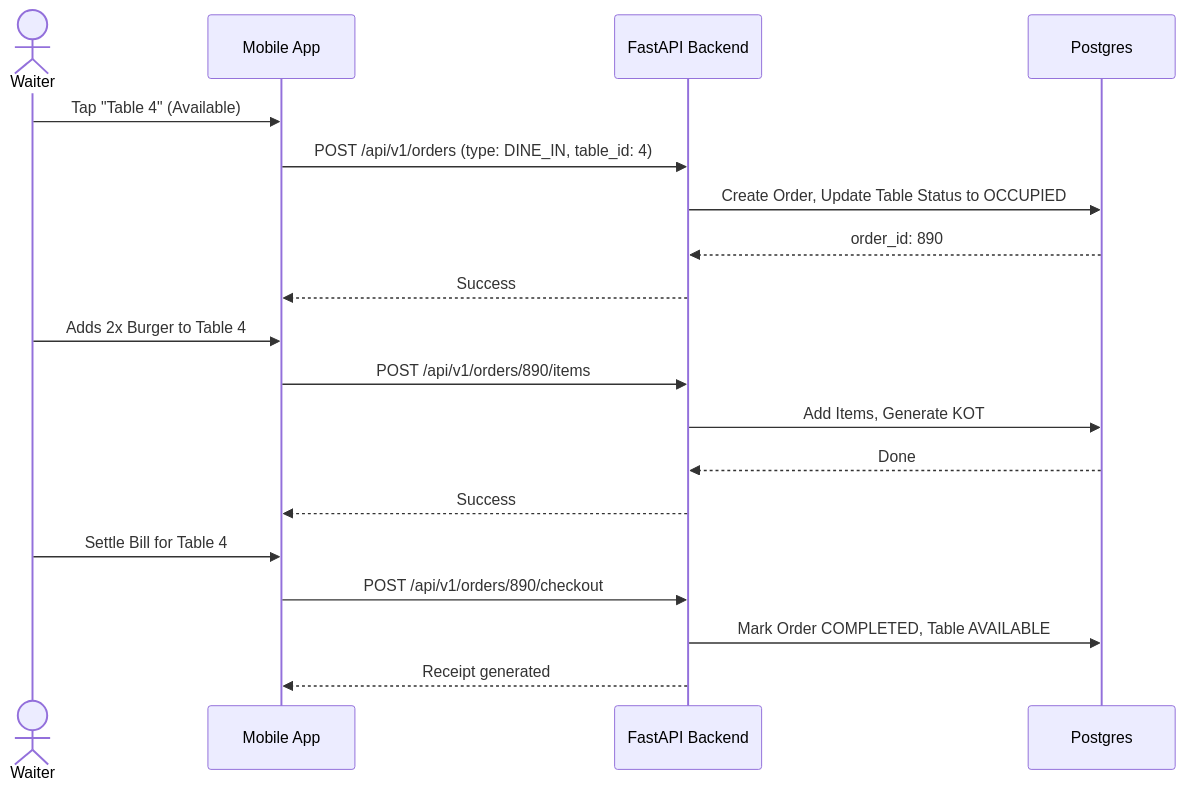
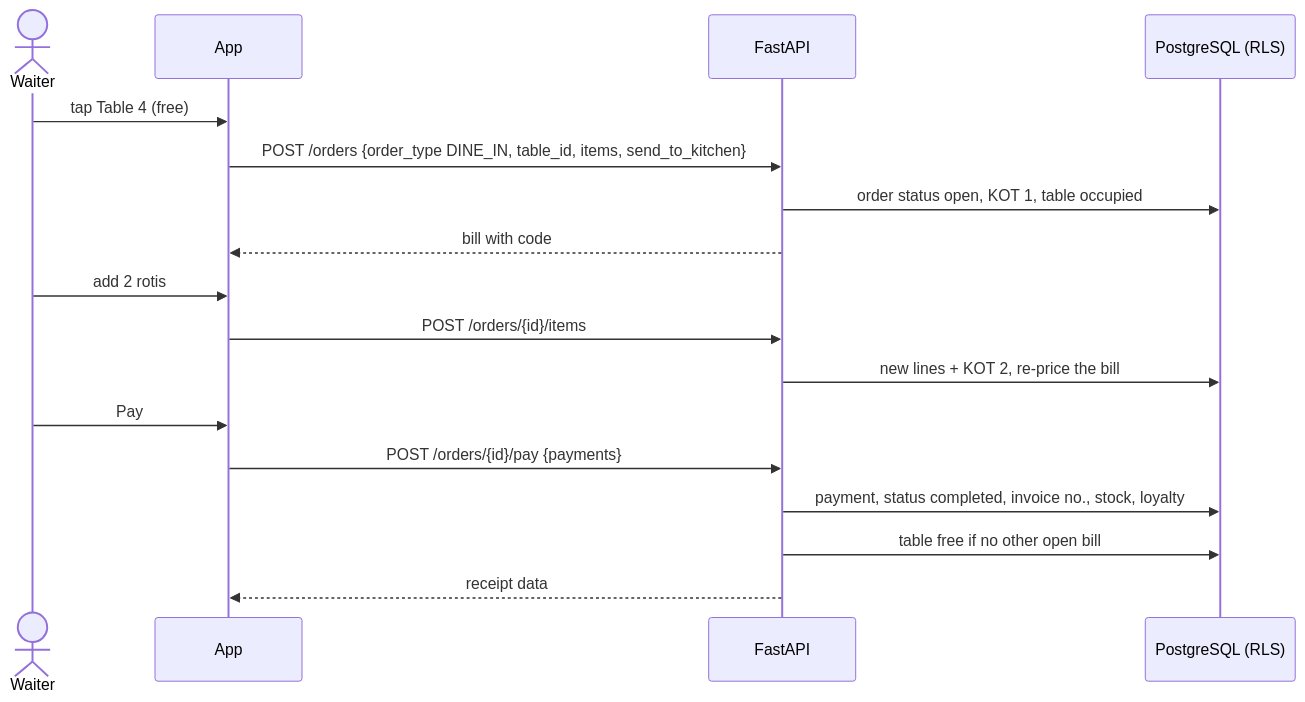
One commit to vishwajitvm/Tallyko changed the diagram in docs/features/004_Table_Management.md. Above: the diagram before and after it, drawn with Mermaid. The commit also changed other lines of this file and 773 other files, not shown here.

````diff
--- a/docs/features/004_Table_Management.md
+++ b/docs/features/004_Table_Management.md
@@ -35,24 +33,20 @@
 ```mermaid
 sequenceDiagram
     actor Waiter
-    participant POS as Mobile App
-    participant API as FastAPI Backend
-    participant DB as Postgres
+    participant App
+    participant API as FastAPI
+    participant DB as PostgreSQL (RLS)
 
-    Waiter->>POS: Tap "Table 4" (Available)
-    POS->>API: POST /api/v1/orders (type: DINE_IN, table_id: 4)
-    API->>DB: Create Order, Update Table Status to OCCUPIED
-    DB-->>API: order_id: 890
-    API-->>POS: Success
-
-    Waiter->>POS: Adds 2x Burger to Table 4
-    POS->>API: POST /api/v1/orders/890/items
-    API->>DB: Add Items, Generate KOT
-    DB-->>API: Done
-    API-->>POS: Success
-    
-    Waiter->>POS: Settle Bill for Table 4
-    POS->>API: POST /api/v1/orders/890/checkout
-    API->>DB: Mark Order COMPLETED, Table AVAILABLE
-    API-->>POS: Receipt generated
+    Waiter->>App: tap Table 4 (free)
+    App->>API: POST /orders {order_type DINE_IN, table_id, items, send_to_kitchen}
+    API->>DB: order status open, KOT 1, table occupied
+    API-->>App: bill with code
+    Waiter->>App: add 2 rotis
+    App->>API: POST /orders/{id}/items
+    API->>DB: new lines + KOT 2, re-price the bill
+    Waiter->>App: Pay
+    App->>API: POST /orders/{id}/pay {payments}
+    API->>DB: payment, status completed, invoice no., stock, loyalty
+    API->>DB: table free if no other open bill
+    API-->>App: receipt data
 ```
````
